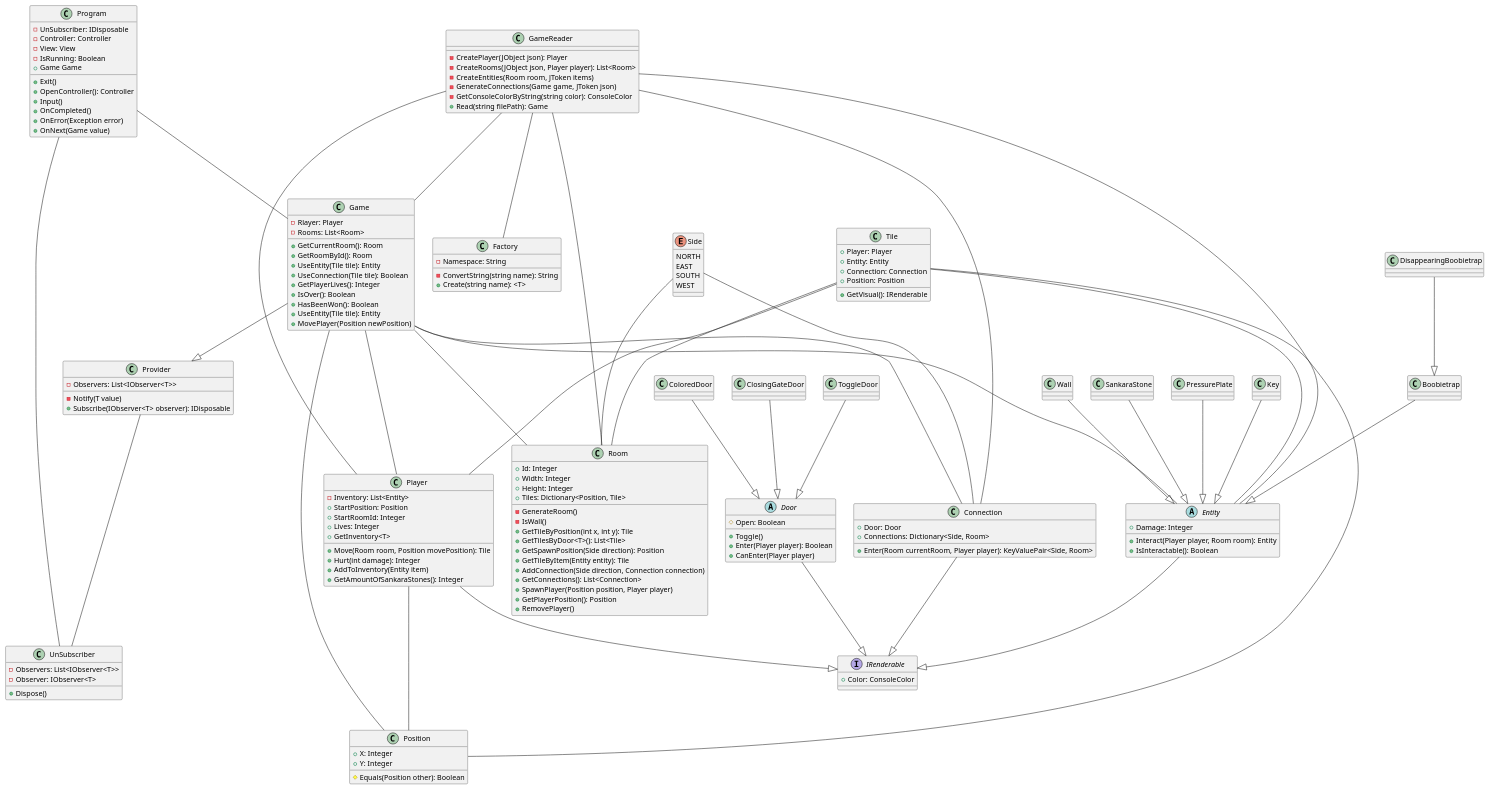
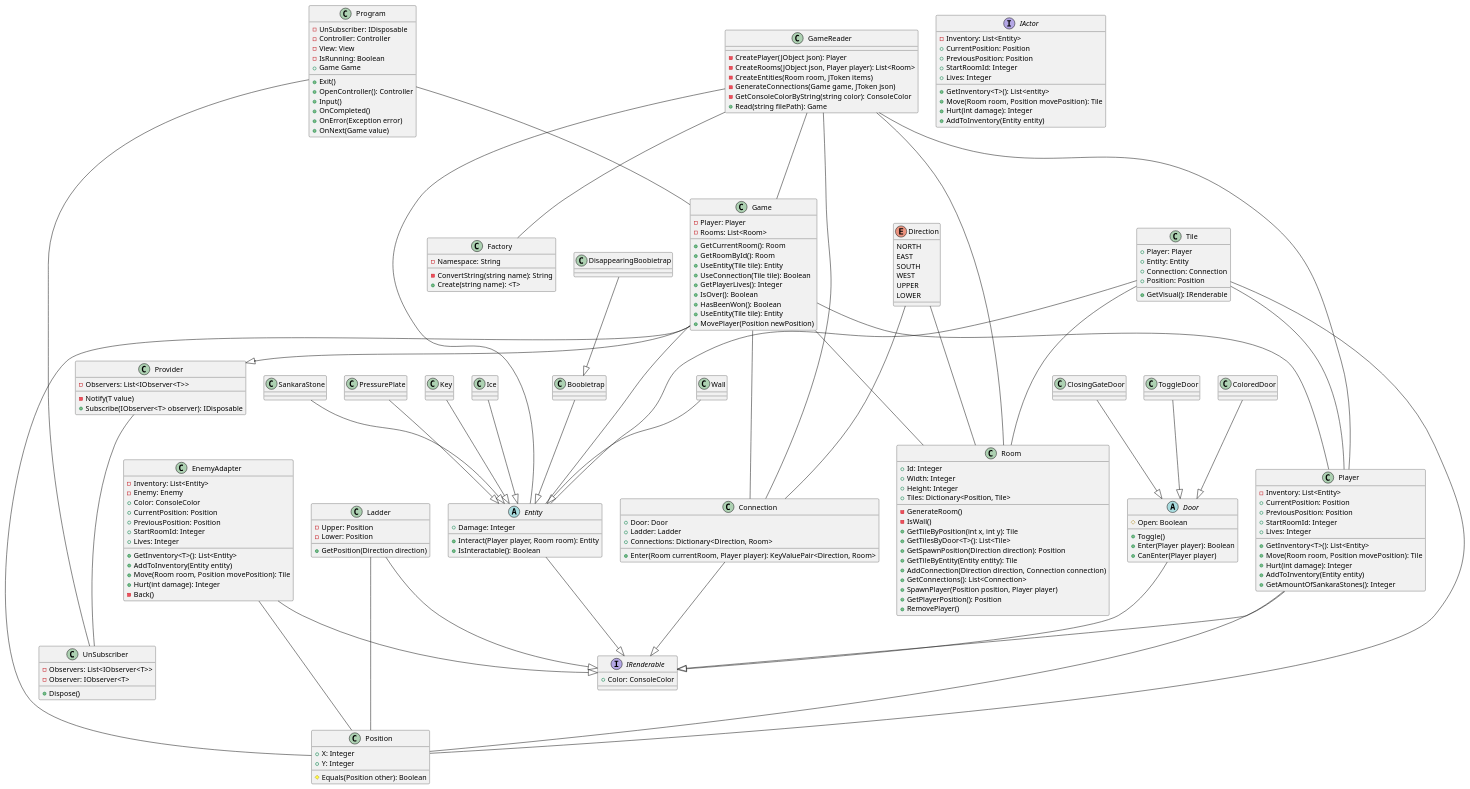
One commit to gillescoolen/code-design changed the diagram in docs/diagram.plantuml. Above: the diagram before and after it, drawn with PlantUML.

Commit message:
Update diagram

```diff
--- a/docs/diagram.plantuml
+++ b/docs/diagram.plantuml
@@ -1,13 +1,27 @@
 @startuml temple_of_doom
-enum Side {
+enum Direction {
   NORTH
   EAST
   SOUTH
   WEST
+  UPPER
+  LOWER
 }
 
 interface IRenderable {
     + Color: ConsoleColor
+}
+
+interface IActor {
+    - Inventory: List<Entity>
+    + CurrentPosition: Position
+    + PreviousPosition: Position
+    + StartRoomId: Integer
+    + Lives: Integer
+    + GetInventory<T>(): List<entity>
+    + Move(Room room, Position movePosition): Tile
+    + Hurt(int damage): Integer
+    + AddToInventory(Entity entity)
 }
 
 class Factory {
@@ -29,7 +43,7 @@
 }
 
 class Game {
-    - Rlayer: Player
+    - Player: Player
     - Rooms: List<Room>
     + GetCurrentRoom(): Room
     + GetRoomById(): Room
@@ -59,9 +73,9 @@
     - IsWall()
     + GetTileByPosition(int x, int y): Tile
     + GetTilesByDoor<T>(): List<Tile> 
-    + GetSpawnPosition(Side direction): Position
-    + GetTileByItem(Entity entity): Tile
-    + AddConnection(Side direction, Connection connection)
+    + GetSpawnPosition(Direction direction): Position
+    + GetTileByEntity(Entity entity): Tile
+    + AddConnection(Direction direction, Connection connection)
     + GetConnections(): List<Connection>
     + SpawnPlayer(Position position, Player player)
     + GetPlayerPosition(): Position
@@ -76,20 +90,38 @@
 
 class Player {
     - Inventory: List<Entity>
-    + StartPosition: Position
+    + CurrentPosition: Position
+    + PreviousPosition: Position
     + StartRoomId: Integer
     + Lives: Integer
-    + GetInventory<T>
+    + GetInventory<T>(): List<Entity>
     + Move(Room room, Position movePosition): Tile
     + Hurt(int damage): Integer
-    + AddToInventory(Entity item)
+    + AddToInventory(Entity entity)
     + GetAmountOfSankaraStones(): Integer
 }
 
+class EnemyAdapter {
+    - Inventory: List<Entity>
+    - Enemy: Enemy
+    + Color: ConsoleColor
+    + CurrentPosition: Position
+    + PreviousPosition: Position
+    + StartRoomId: Integer
+    + Lives: Integer
+    + GetInventory<T>(): List<Entity>
+    + AddToInventory(Entity entity)
+    + Move(Room room, Position movePosition): Tile
+    + Hurt(int damage): Integer
+    - Back()
+}
+
+
 class Connection {
     + Door: Door
-    + Connections: Dictionary<Side, Room>
-    + Enter(Room currentRoom, Player player): KeyValuePair<Side, Room>
+    + Ladder: Ladder
+    + Connections: Dictionary<Direction, Room>
+    + Enter(Room currentRoom, Player player): KeyValuePair<Direction, Room>
 }
 
 abstract Entity {
@@ -104,6 +136,12 @@
 class Key {}
 class Boobietrap {}
 class DisappearingBoobietrap {}
+class Ice {}
+class Ladder {
+    - Upper: Position
+    - Lower: Position
+    + GetPosition(Direction direction)
+}
 
 abstract Door {
     # Open: Boolean
@@ -141,15 +179,18 @@
 
 Game --|> Provider
 Player --|> IRenderable
+EnemyAdapter --|> IRenderable
 Connection --|> IRenderable
 Entity --|> IRenderable
 Door --|> IRenderable
+Ladder --|> IRenderable
 
 Wall --|> Entity
 SankaraStone --|> Entity
 PressurePlate --|> Entity
 Key --|> Entity
 Boobietrap --|> Entity
+Ice --|> Entity
 DisappearingBoobietrap --|> Boobietrap
 
 ToggleDoor --|> Door
@@ -167,15 +208,18 @@
 Game --- Entity
 Game --- Position
 
+Ladder --- Position
+
 Player --- Position
+EnemyAdapter --- Position
 
 Provider --- UnSubscriber
 
 Program --- UnSubscriber
 Program --- Game
 
-Side --- Room
-Side --- Connection
+Direction --- Room
+Direction --- Connection
 
 GameReader --- Game
 GameReader --- Player
```
